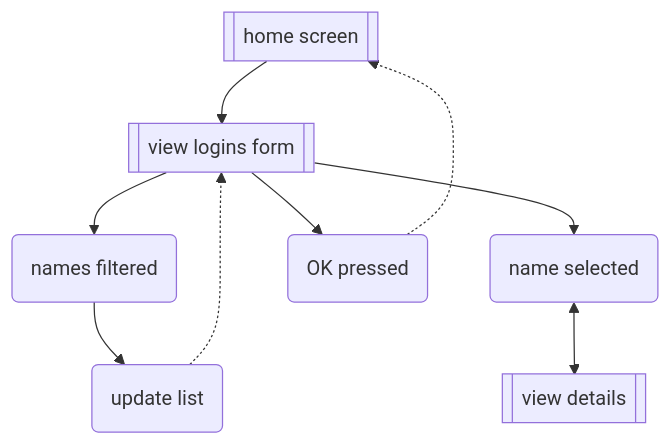
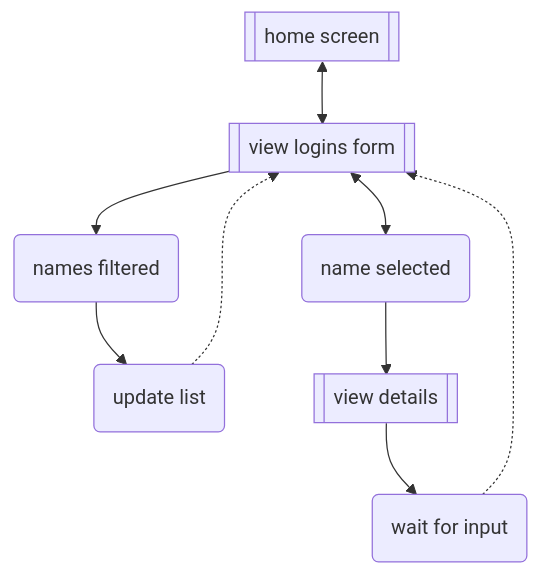
One commit to pxp888/passcodes changed the fourth of 4 diagrams in README.md. Above: the diagram before and after it, drawn with Mermaid. The commit also changed other lines of this file and 1 other file, not shown here.

Commit message:
update README flowcharts

```diff
--- a/README.md
+++ b/README.md
@@ -124,12 +120,12 @@
 ~~~mermaid
 graph TD
 hs[[home screen]]
 vl[[view logins form]]
 
 nf(names filtered)
-hs-->vl
+hs<-->vl
 vl-->nf-->ul1(update list)-.->vl
 
-vl-->ns(name selected)<-->sd[[view details]]
-vl-->ok(OK pressed)-.->hs
+vl<-->ns(name selected)-->sd[[view details]]
+sd-->wt(wait for input)-.->vl
 ~~~
```
